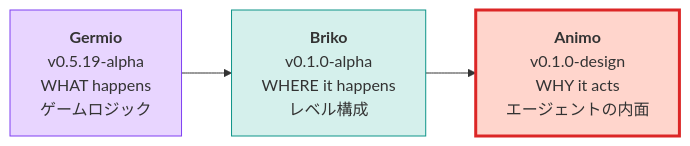
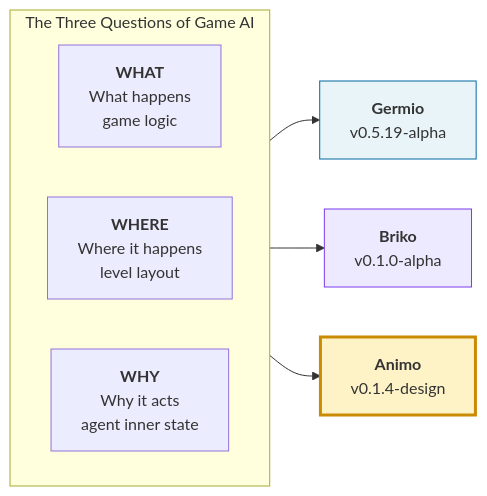
Before and after one commit to hiroxpepe/animo: the first of 9 diagrams in README.md, drawn with Mermaid. The commit also changed other lines of this file and 7 other files, not shown here.

Commit message:
docs: Add the mermaid diagrams to the readme and the script

````diff
--- a/README.md
+++ b/README.md
@@ -41,10 +28,18 @@
 ```mermaid
 flowchart LR
-  G["<b>Germio</b><br/>v0.5.19-alpha<br/>WHAT happens<br/>ゲームロジック"]
-  B["<b>Briko</b><br/>v0.1.0-alpha<br/>WHERE it happens<br/>レベル構成"]
-  A["<b>Animo</b><br/>v0.1.0-design<br/>WHY it acts<br/>エージェントの内面"]
-  G --> B --> A
-  style G fill:#e8d5ff,stroke:#7e3ff2
-  style B fill:#d5f0ec,stroke:#0d9488
-  style A fill:#ffd5cc,stroke:#dc2626,stroke-width:3px
+  subgraph Q["The Three Questions of Game AI"]
+    direction LR
+    QW["<b>WHAT</b><br/>What happens<br/>game logic"]
+    QH["<b>WHERE</b><br/>Where it happens<br/>level layout"]
+    QY["<b>WHY</b><br/>Why it acts<br/>agent inner state"]
+  end
+  G["<b>Germio</b><br/>v0.5.19-alpha"]
+  B["<b>Briko</b><br/>v0.1.0-alpha"]
+  A["<b>Animo</b><br/>v0.1.4-design"]
+  QW --> G
+  QH --> B
+  QY --> A
+  style A fill:#fef3c7,stroke:#ca8a04,stroke-width:3px
+  style G fill:#e8f4f8,stroke:#0369a1
+  style B fill:#ede9fe,stroke:#7c3aed
 ```
````
